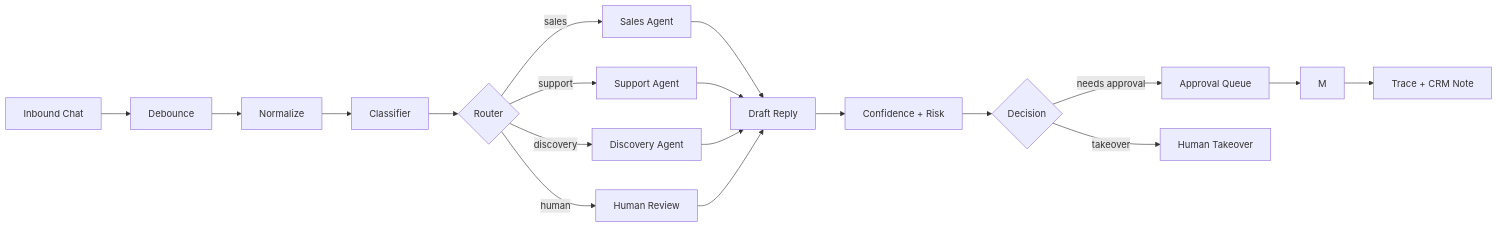
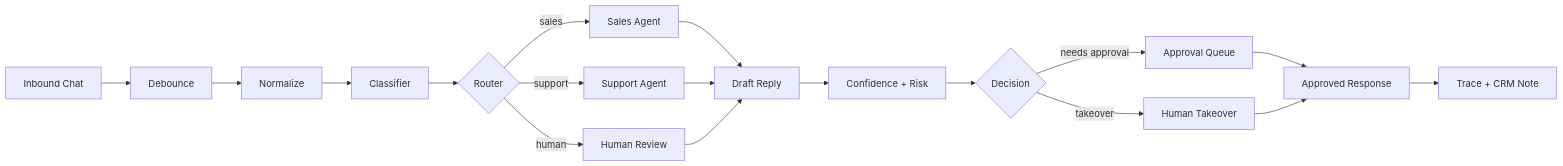
One commit to rdkrstn/sagad-os changed the diagram in docs/blueprints/04-level-1-service-business-mvp.md. Above: the diagram before and after it, drawn with Mermaid. The commit also changed other lines of this file and 40 other files, not shown here.

````diff
--- a/docs/blueprints/04-level-1-service-business-mvp.md
+++ b/docs/blueprints/04-level-1-service-business-mvp.md
@@ -33,21 +33,20 @@
 ```mermaid
 flowchart LR
     A["Inbound Chat"] --> B["Debounce"]
     B --> C["Normalize"]
     C --> D["Classifier"]
     D --> E{"Router"}
     E -->|"sales"| F["Sales Agent"]
     E -->|"support"| G["Support Agent"]
-    E -->|"discovery"| H["Discovery Agent"]
     E -->|"human"| I["Human Review"]
     F --> J["Draft Reply"]
     G --> J
-    H --> J
     I --> J
     J --> K["Confidence + Risk"]
     K --> L{"Decision"}
     L -->|"needs approval"| N["Approval Queue"]
     L -->|"takeover"| O["Human Takeover"]
-    N --> M
+    N --> M["Approved Response"]
+    O --> M
     M --> P["Trace + CRM Note"]
 ```
````
